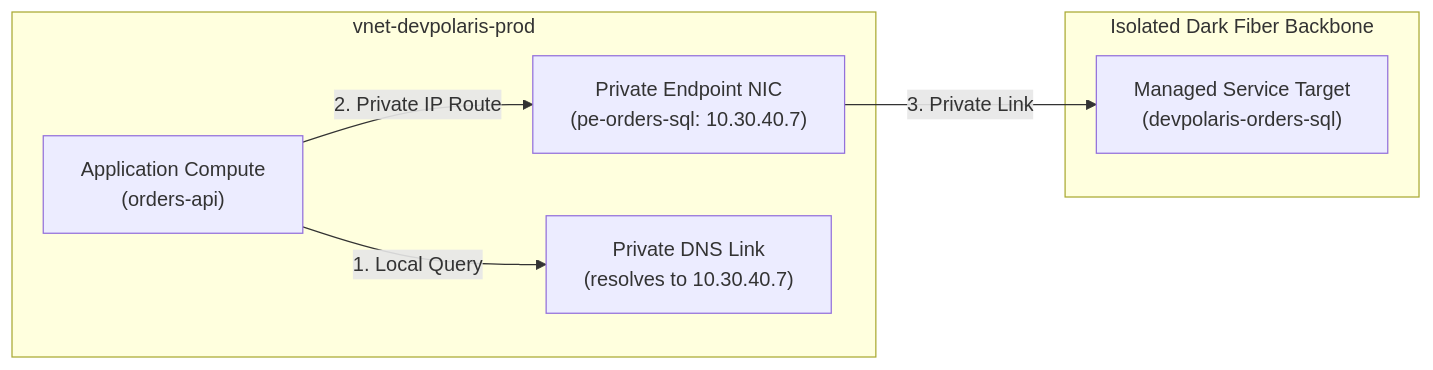
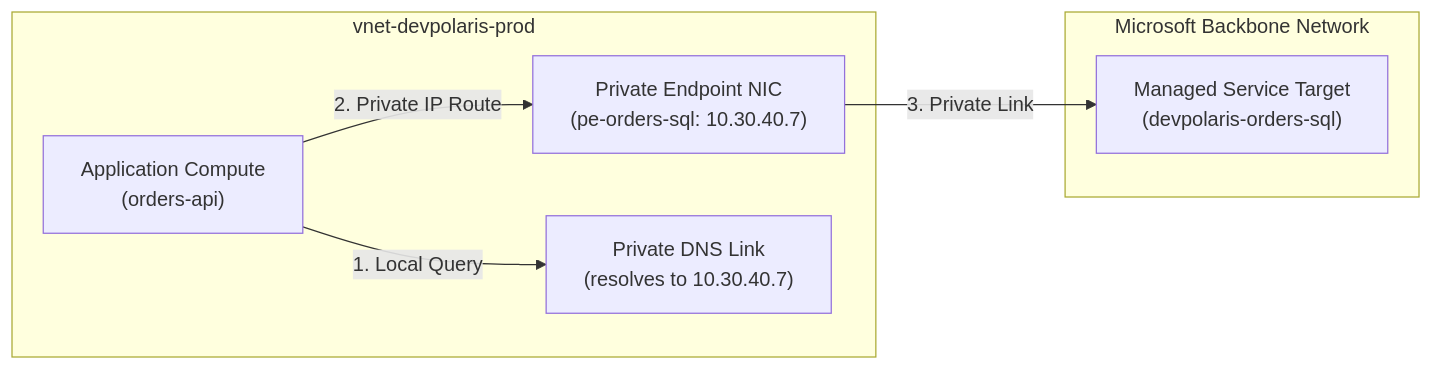
The first of 2 diagrams in cloud-providers/azure/networking-connectivity/private-connectivity.md (senlinyy/dev-roadmaps), drawn with Mermaid before and after one commit. The commit also changed other lines of this file and 530 other files, not shown here.

````diff
--- a/cloud-providers/azure/networking-connectivity/private-connectivity.md
+++ b/cloud-providers/azure/networking-connectivity/private-connectivity.md
@@ -35,16 +35,16 @@
 ```mermaid
 flowchart LR
     subgraph VNET Boundary [vnet-devpolaris-prod]
         App["Application Compute<br/>(orders-api)"]
         PE["Private Endpoint NIC<br/>(pe-orders-sql: 10.30.40.7)"]
         PrivateDNS["Private DNS Link<br/>(resolves to 10.30.40.7)"]
     end
 
-    subgraph Microsoft Backbone Network [Isolated Dark Fiber Backbone]
+    subgraph Microsoft Backbone Network [Microsoft Backbone Network]
         PaaS["Managed Service Target<br/>(devpolaris-orders-sql)"]
     end
 
     App --> |1. Local Query| PrivateDNS
     App --> |2. Private IP Route| PE
     PE --> |3. Private Link| PaaS
 ```
````
